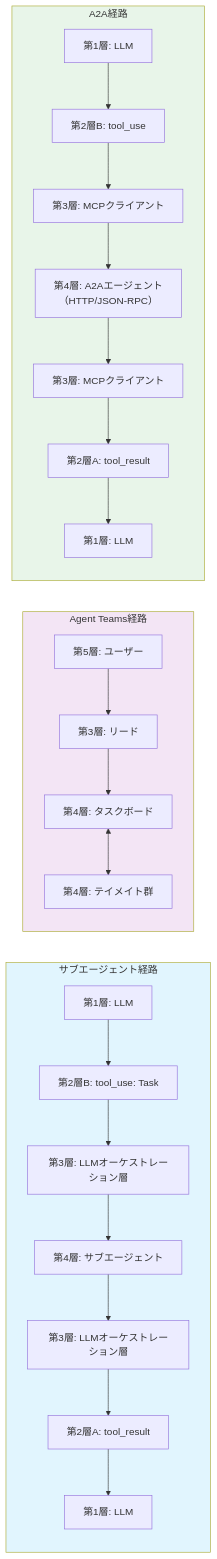
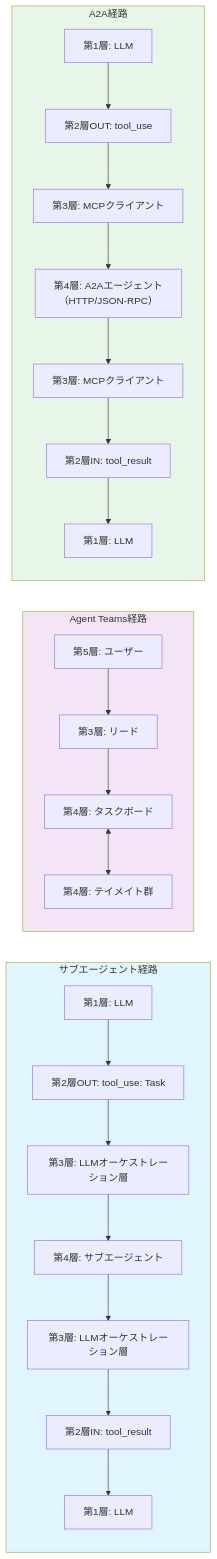
The tenth of 15 diagrams in books/ai-agent-layered-map/04-1-agent-collaboration.md (fsitlab/zenn), drawn with Mermaid before and after one commit. The commit also changed other lines of this file and 12 other files, not shown here.

````diff
--- a/books/ai-agent-layered-map/04-1-agent-collaboration.md
+++ b/books/ai-agent-layered-map/04-1-agent-collaboration.md
@@ -556,33 +556,33 @@
 ```mermaid
 flowchart LR
     subgraph SubAgentPath["サブエージェント経路"]
         direction TB
-        L1_SA["第1層: LLM"] --> L2B_SA["第2層B: tool_use: Task"]
+        L1_SA["第1層: LLM"] --> L2B_SA["第2層OUT: tool_use: Task"]
         L2B_SA --> L3_SA["第3層: LLMオーケストレーション層"]
         L3_SA --> L4_SA["第4層: サブエージェント"]
         L4_SA --> L3_SA2["第3層: LLMオーケストレーション層"]
-        L3_SA2 --> L2A_SA["第2層A: tool_result"]
+        L3_SA2 --> L2A_SA["第2層IN: tool_result"]
         L2A_SA --> L1_SA2["第1層: LLM"]
     end
 
     subgraph TeamsPath["Agent Teams経路"]
         direction TB
         L5_AT["第5層: ユーザー"] --> L3_AT["第3層: リード"]
         L3_AT --> L4_AT["第4層: タスクボード"]
         L4_AT <--> L4_AT2["第4層: テイメイト群"]
     end
 
     subgraph A2APath["A2A経路"]
         direction TB
-        L1_A2A["第1層: LLM"] --> L2B_A2A["第2層B: tool_use"]
+        L1_A2A["第1層: LLM"] --> L2B_A2A["第2層OUT: tool_use"]
         L2B_A2A --> L3_A2A["第3層: MCPクライアント"]
         L3_A2A --> L4_A2A["第4層: A2Aエージェント<br/>（HTTP/JSON-RPC）"]
         L4_A2A --> L3_A2A2["第3層: MCPクライアント"]
-        L3_A2A2 --> L2A_A2A["第2層A: tool_result"]
+        L3_A2A2 --> L2A_A2A["第2層IN: tool_result"]
         L2A_A2A --> L1_A2A2["第1層: LLM"]
     end
 
     style SubAgentPath fill:#e1f5fe
     style TeamsPath fill:#f3e5f5
     style A2APath fill:#e8f5e9
 ```
````
